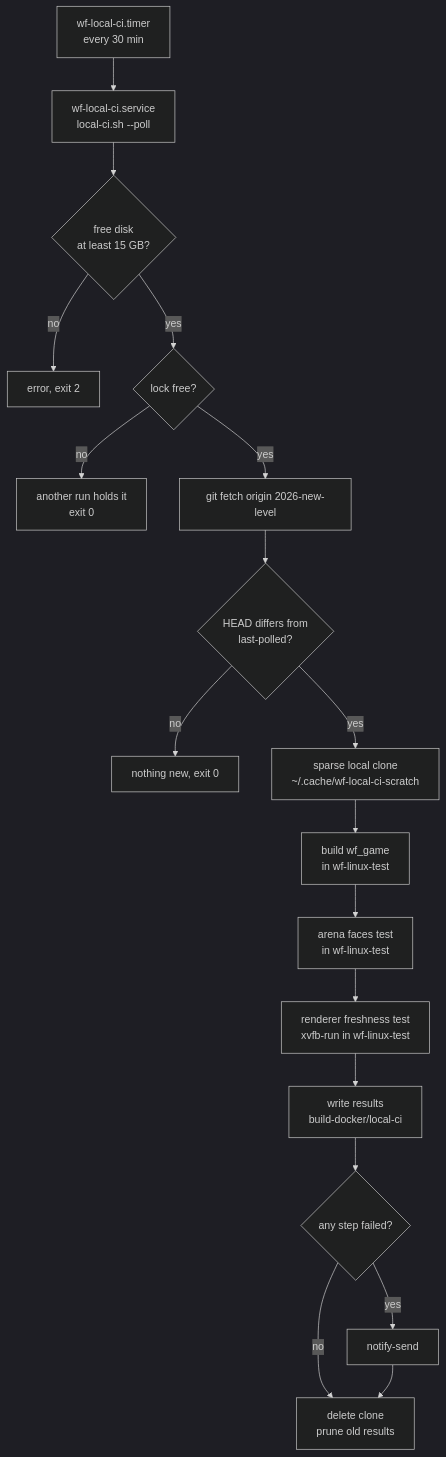
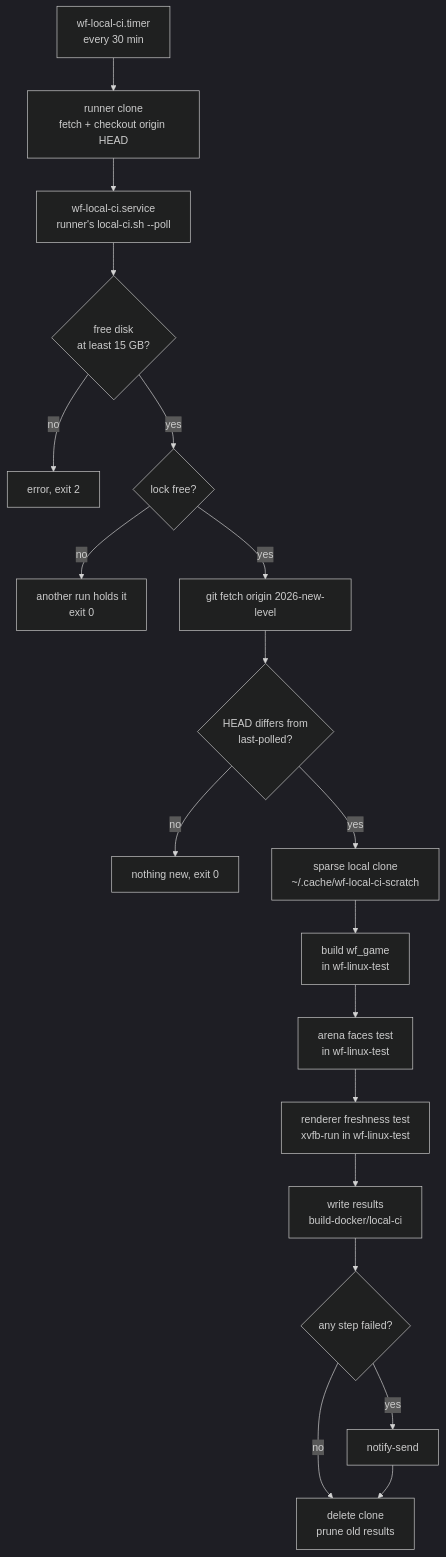
Before and after one commit to wbniv/WorldFoundry: the first of 2 diagrams in docs/plans/2026-11-14-local-ci.md, drawn with Mermaid (dark theme). The commit also changed other lines of this file and 3 other files, not shown here.

First line of the commit message:
Local CI: the timer runs origin's runner, and keeps room for its own build

````diff
--- a/docs/plans/2026-11-14-local-ci.md
+++ b/docs/plans/2026-11-14-local-ci.md
@@ -47,20 +47,21 @@
 ```mermaid
 flowchart TD
-    T["wf-local-ci.timer<br/>every 30 min"] --> S["wf-local-ci.service<br/>local-ci.sh --poll"]
+    T["wf-local-ci.timer<br/>every 30 min"] --> U["runner clone<br/>fetch + checkout origin HEAD"]
+    U --> S["wf-local-ci.service<br/>runner's local-ci.sh --poll"]
     S --> D{"free disk<br/>at least 15 GB?"}
     D -- no --> E["error, exit 2"]
     D -- yes --> L{"lock free?"}
     L -- no --> X["another run holds it<br/>exit 0"]
     L -- yes --> F["git fetch origin 2026-new-level"]
     F --> N{"HEAD differs from<br/>last-polled?"}
     N -- no --> Z["nothing new, exit 0"]
     N -- yes --> C["sparse local clone<br/>~/.cache/wf-local-ci-scratch"]
     C --> B["build wf_game<br/>in wf-linux-test"]
     B --> A["arena faces test<br/>in wf-linux-test"]
     A --> R["renderer freshness test<br/>xvfb-run in wf-linux-test"]
     R --> W["write results<br/>build-docker/local-ci"]
     W --> P{"any step failed?"}
     P -- yes --> O["notify-send"]
     P -- no --> K
     O --> K["delete clone<br/>prune old results"]
 ```
````
